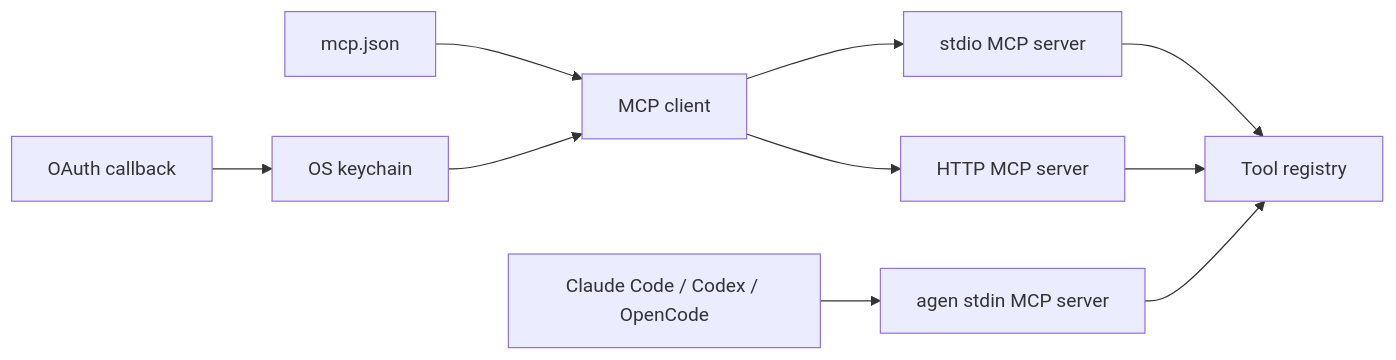
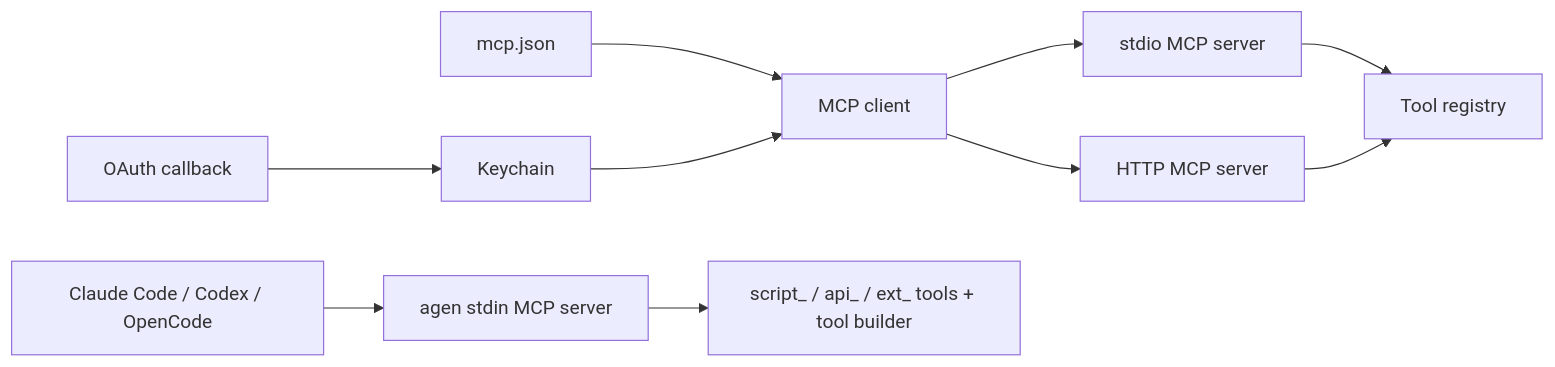
Before and after one commit to agenvoy/Agenvoy: the seventh of 9 diagrams in doc/architecture.md, drawn with Mermaid. The commit also changed other lines of this file and 3 other files, not shown here.

Commit message:
doc: Update architecture and runtime documentation

````diff
--- a/doc/architecture.md
+++ b/doc/architecture.md
@@ -132,12 +137,12 @@
 ```mermaid
 graph LR
     Config[mcp.json] --> MCPClient[MCP client]
     MCPClient --> Stdio[stdio MCP server]
     MCPClient --> HTTP[HTTP MCP server]
     Stdio --> Registry[Tool registry]
     HTTP --> Registry
     External[Claude Code / Codex / OpenCode] --> MCPServer[agen stdin MCP server]
-    MCPServer --> Registry
-    OAuth[OAuth callback] --> Keychain[OS keychain]
+    MCPServer --> ToolBox[script_ / api_ / ext_ tools + tool builder]
+    OAuth[OAuth callback] --> Keychain[Keychain]
     Keychain --> MCPClient
 ```
````
